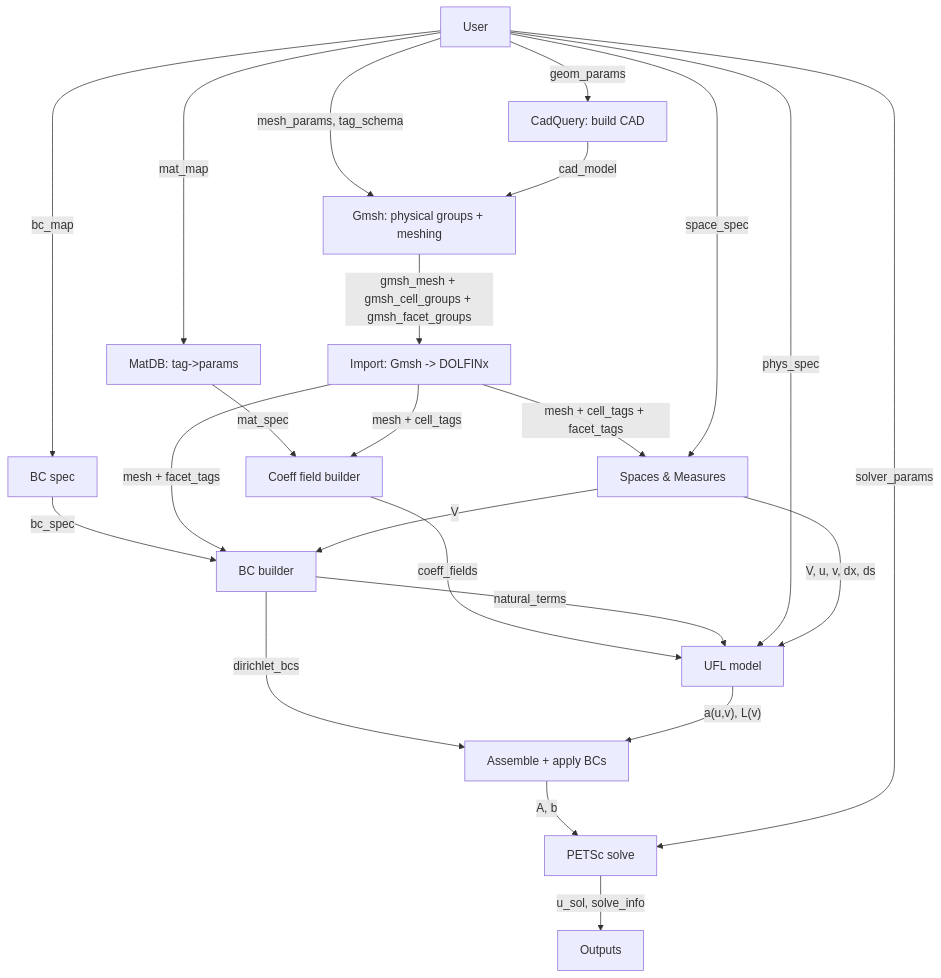
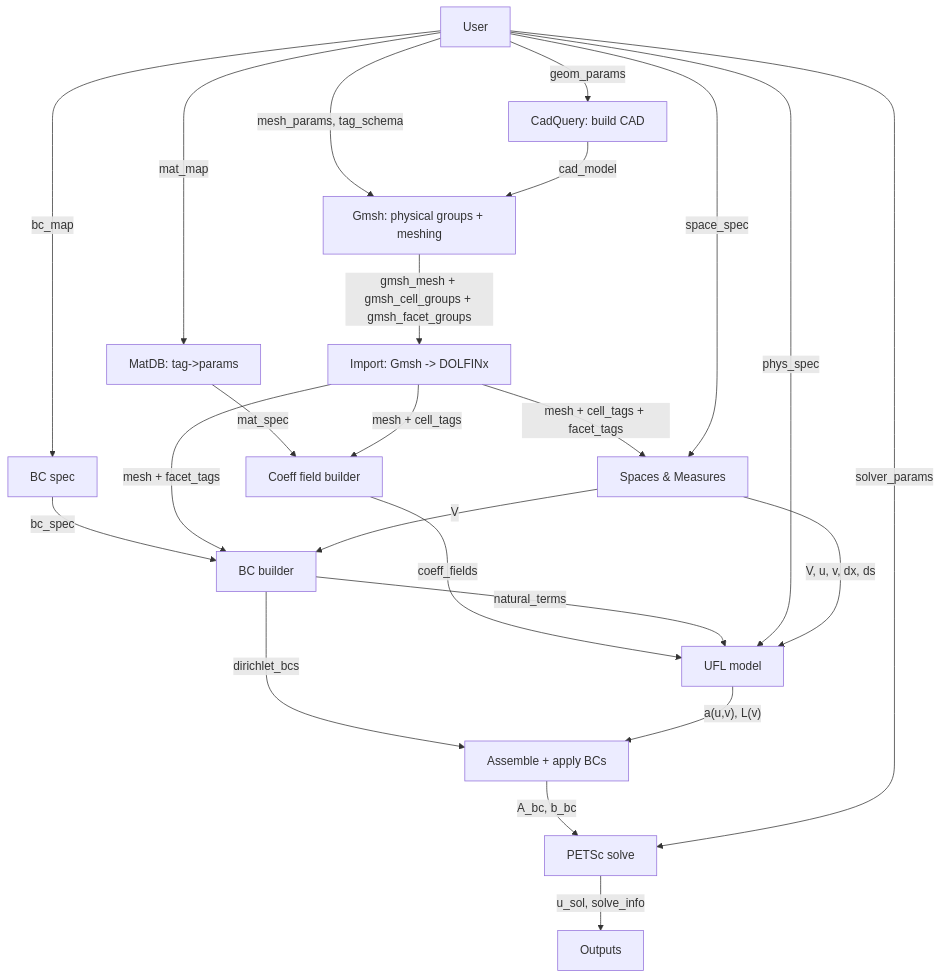
Before and after one commit to amannm/parts: the diagram in linearsteady.mermaid, drawn with Mermaid.

Commit message:
refactor

```diff
--- a/linearsteady.mermaid
+++ b/linearsteady.mermaid
@@ -1,41 +1,41 @@
 flowchart TD
   U[User]
   CQ[CadQuery: build CAD]
   GM[Gmsh: physical groups + meshing]
   IM[Import: Gmsh -> DOLFINx]
   FS[Spaces & Measures]
   MDB[MatDB: tag->params]
   CF[Coeff field builder]
   BCS[BC spec]
   BCB[BC builder]
   PHYS[UFL model]
-  ASM[Assemble + apply BCs]
+  ASSY[Assemble + apply BCs]
   SOLVE[PETSc solve]
   OUT[Outputs]
 
   U -->|geom_params| CQ
   U -->|mesh_params, tag_schema| GM
   CQ -->|cad_model| GM
   GM -->|gmsh_mesh + gmsh_cell_groups + gmsh_facet_groups| IM
   IM -->|mesh + cell_tags + facet_tags| FS
   U -->|space_spec| FS
 
   U -->|mat_map| MDB
   MDB -->|mat_spec| CF
   IM -->|mesh + cell_tags| CF
   CF -->|coeff_fields| PHYS
 
   U -->|bc_map| BCS
   BCS -->|bc_spec| BCB
   IM -->|mesh + facet_tags| BCB
   FS -->|V| BCB
   BCB -->|natural_terms| PHYS
-  BCB -->|dirichlet_bcs| ASM
+  BCB -->|dirichlet_bcs| ASSY
 
   U -->|phys_spec| PHYS
   FS -->|V, u, v, dx, ds| PHYS
 
-  PHYS -->|"a(u,v), L(v)"| ASM
-  ASM -->|A, b| SOLVE
+  PHYS -->|"a(u,v), L(v)"| ASSY
+  ASSY -->|A_bc, b_bc| SOLVE
   U -->|solver_params| SOLVE
   SOLVE -->|u_sol, solve_info| OUT
```
